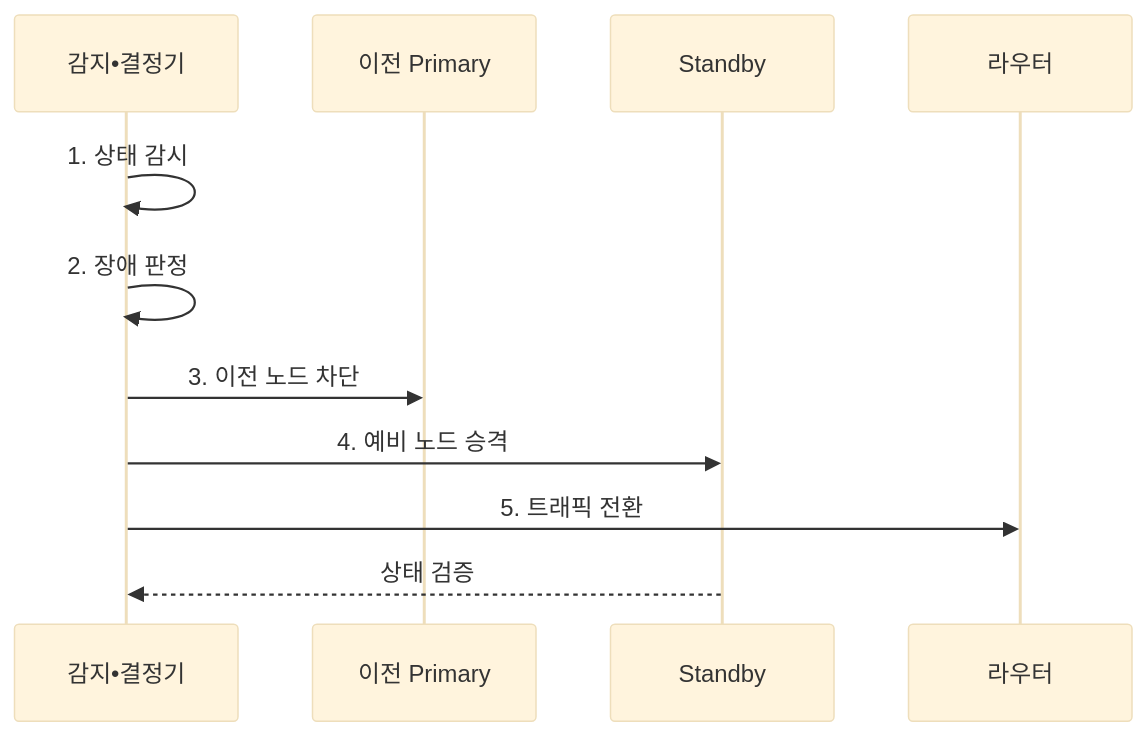
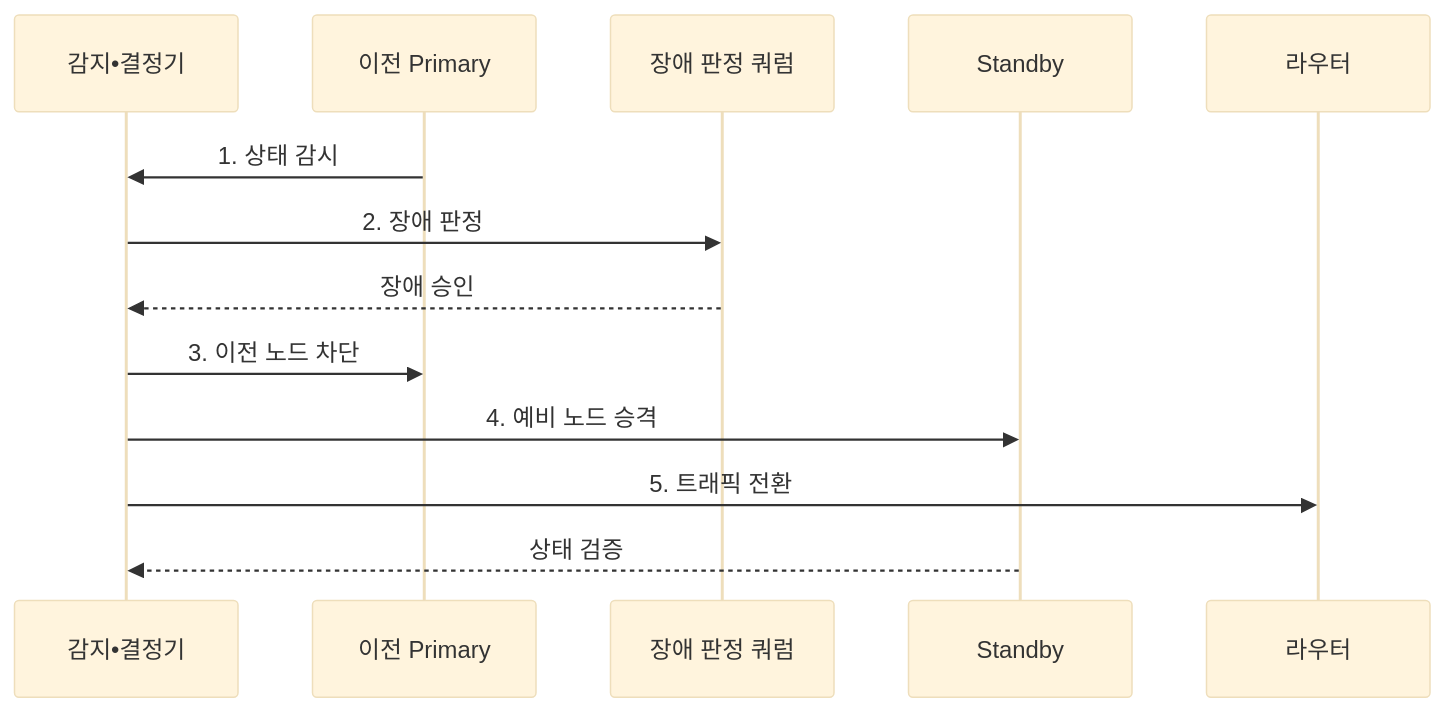
Before and after one commit to agnusdei1207/knowledge-base: the second of 2 diagrams in src/content/docs/notes/03-software/200_auto_failover.md, drawn with Mermaid (base theme). The commit also changed other lines of this file and 7 other files, not shown here.

````diff
--- a/src/content/docs/notes/03-software/200_auto_failover.md
+++ b/src/content/docs/notes/03-software/200_auto_failover.md
@@ -109,13 +109,15 @@
 ```mermaid
 sequenceDiagram
     participant D as 감지•결정기
     participant P as 이전 Primary
+    participant Q as 장애 판정 쿼럼
     participant S as Standby
     participant R as 라우터
-    D->>D: 1. 상태 감시
-    D->>D: 2. 장애 판정
+    P->>D: 1. 상태 감시
+    D->>Q: 2. 장애 판정
+    Q-->>D: 장애 승인
     D->>P: 3. 이전 노드 차단
     D->>S: 4. 예비 노드 승격
     D->>R: 5. 트래픽 전환
     S-->>D: 상태 검증
 ```
````
